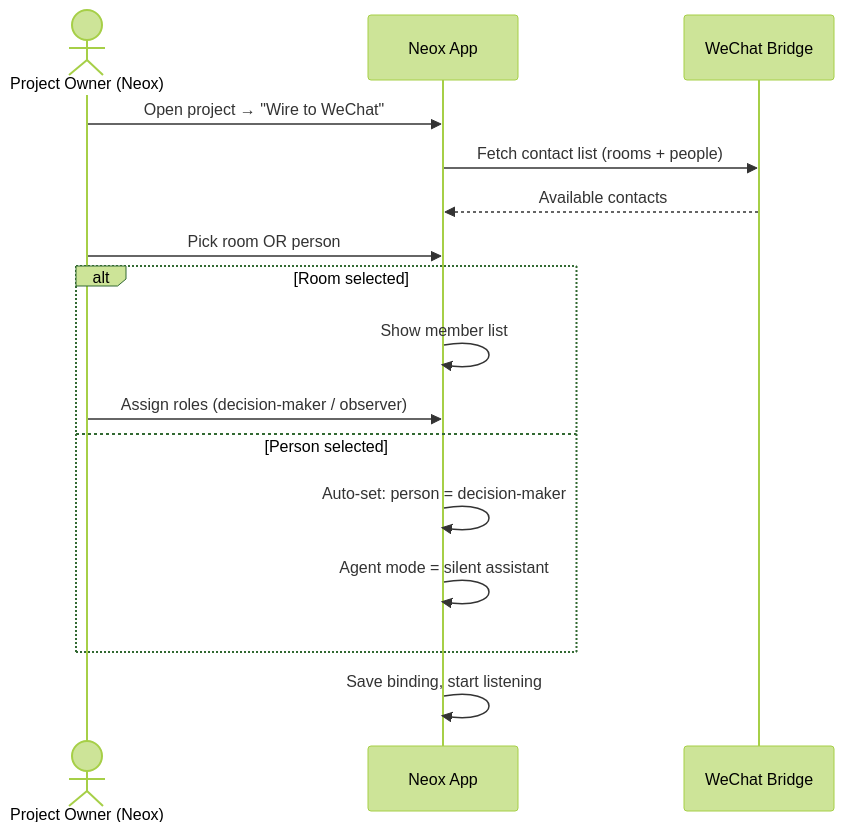
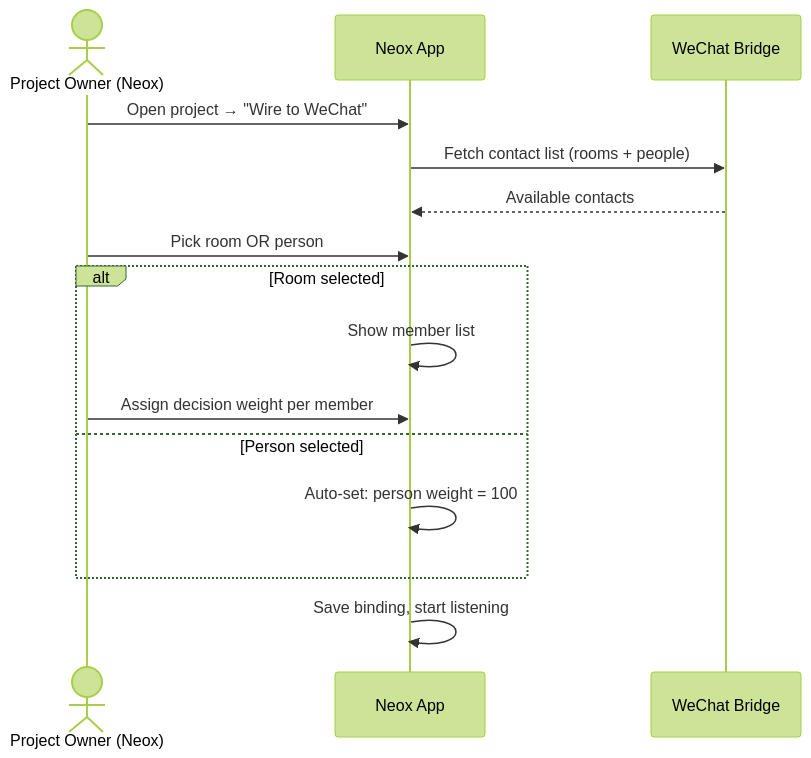
Before and after one commit to lalalic/neox: the first of 7 diagrams in docs/2026-04-10-wechat-bidirectional-design.md, drawn with Mermaid (forest theme). The commit also changed other lines of this file, not shown here.

Commit message:
docs: unify scen1 as project assistant, add decision weight system

````diff
--- a/docs/2026-04-10-wechat-bidirectional-design.md
+++ b/docs/2026-04-10-wechat-bidirectional-design.md
@@ -32,19 +30,18 @@
 ```mermaid
 sequenceDiagram
     actor Owner as Project Owner (Neox)
     participant Neox as Neox App
     participant WC as WeChat Bridge
 
     Owner->>Neox: Open project → "Wire to WeChat"
     Neox->>WC: Fetch contact list (rooms + people)
     WC-->>Neox: Available contacts
     Owner->>Neox: Pick room OR person
     alt Room selected
         Neox->>Neox: Show member list
-        Owner->>Neox: Assign roles (decision-maker / observer)
+        Owner->>Neox: Assign decision weight per member
     else Person selected
-        Neox->>Neox: Auto-set: person = decision-maker
-        Neox->>Neox: Agent mode = silent assistant
+        Neox->>Neox: Auto-set: person weight = 100
     end
     Neox->>Neox: Save binding, start listening
 ```
````
